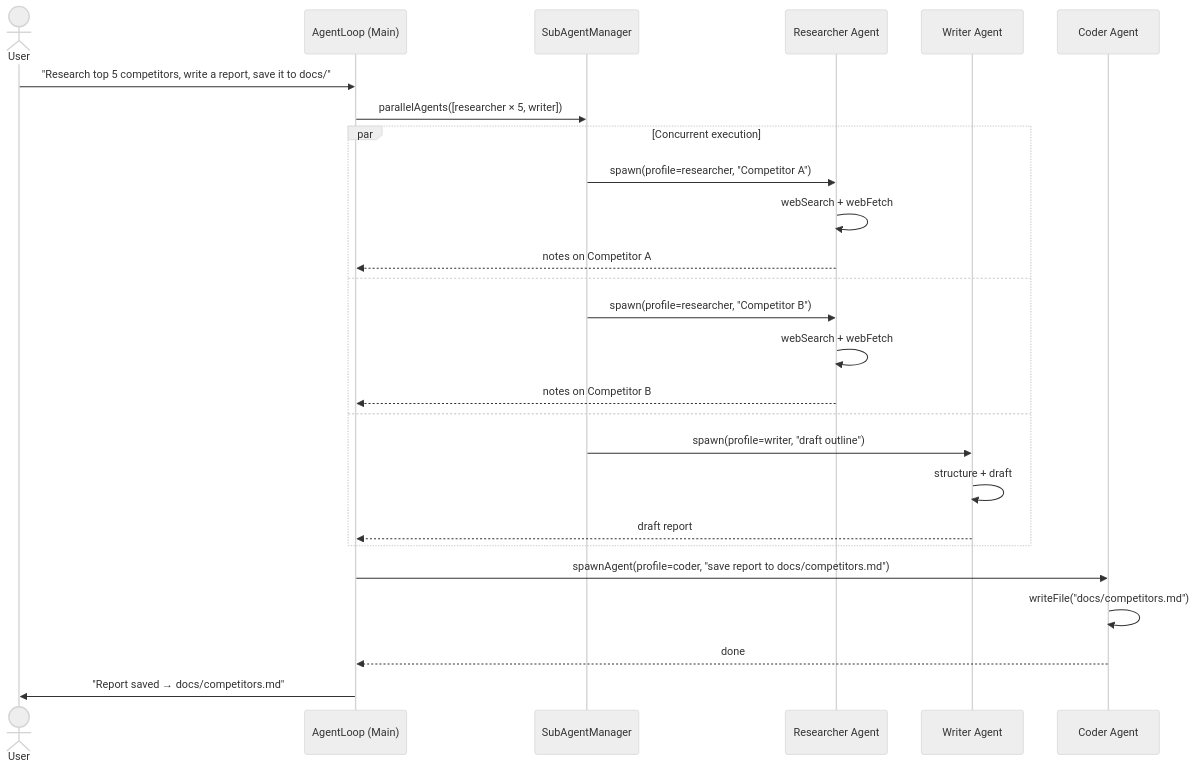
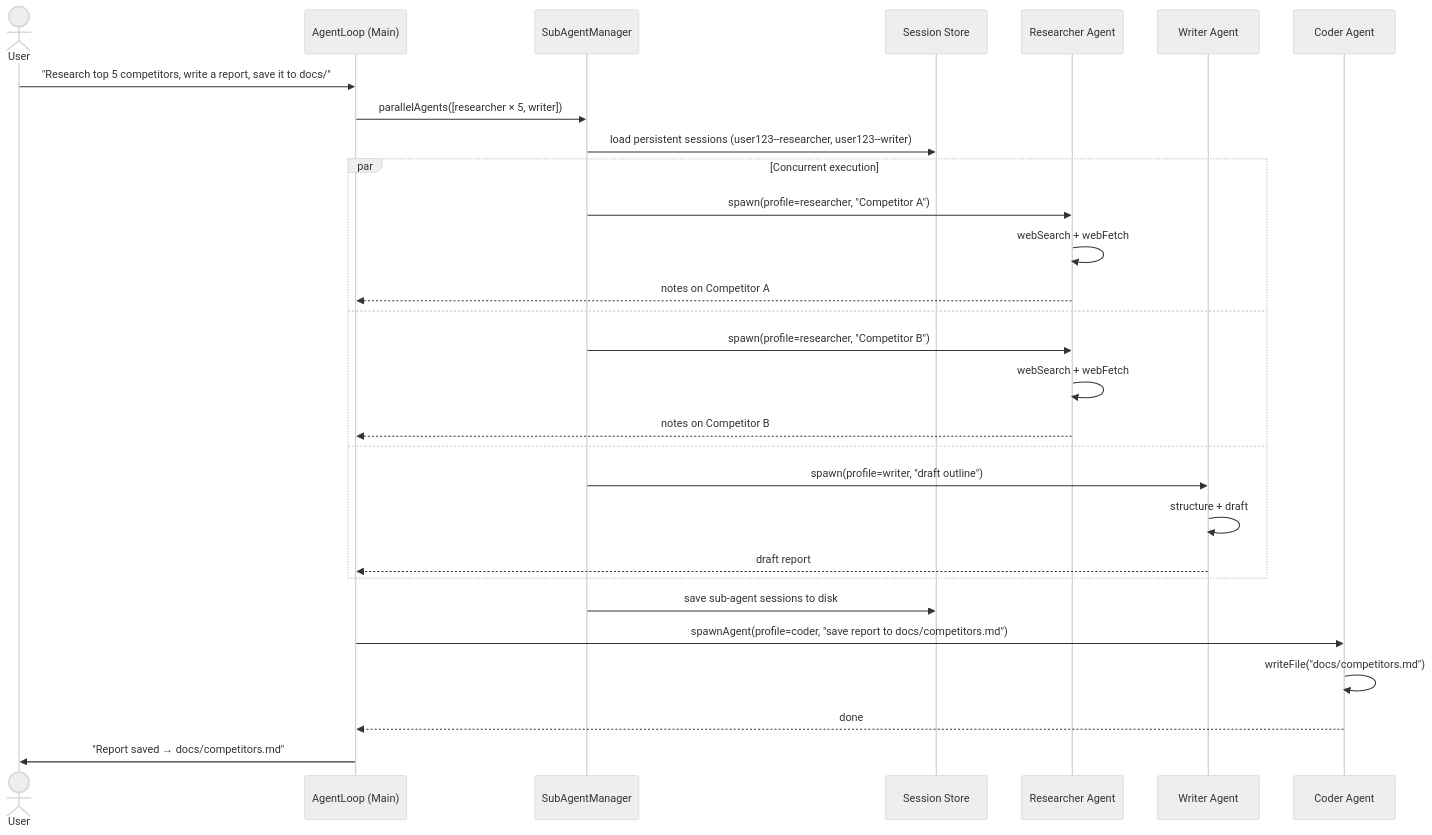
Before and after one commit to CodeAndCanvasLabs/Daemora: the second of 3 diagrams in README.md, drawn with Mermaid (neutral theme). The commit also changed other lines of this file, not shown here.

Commit message:
Update README — 51 tools, 20 channels, persistent sessions, data cleanup, architecture diagrams

````diff
--- a/README.md
+++ b/README.md
@@ -148,33 +150,37 @@
 ```mermaid
 sequenceDiagram
     actor User
     participant AL as AgentLoop (Main)
     participant SM as SubAgentManager
+    participant SS as Session Store
     participant R  as Researcher Agent
     participant W  as Writer Agent
     participant C  as Coder Agent
 
     User->>AL: "Research top 5 competitors, write a report, save it to docs/"
 
     AL->>SM: parallelAgents([researcher × 5, writer])
+    SM->>SS: load persistent sessions (user123--researcher, user123--writer)
 
     par Concurrent execution
         SM->>R: spawn(profile=researcher, "Competitor A")
         R->>R: webSearch + webFetch
         R-->>AL: notes on Competitor A
     and
         SM->>R: spawn(profile=researcher, "Competitor B")
         R->>R: webSearch + webFetch
         R-->>AL: notes on Competitor B
     and
         SM->>W: spawn(profile=writer, "draft outline")
         W->>W: structure + draft
         W-->>AL: draft report
     end
 
+    SM->>SS: save sub-agent sessions to disk
+
     AL->>C: spawnAgent(profile=coder, "save report to docs/competitors.md")
     C->>C: writeFile("docs/competitors.md")
     C-->>AL: done
 
     AL->>User: "Report saved → docs/competitors.md"
 ```
````
